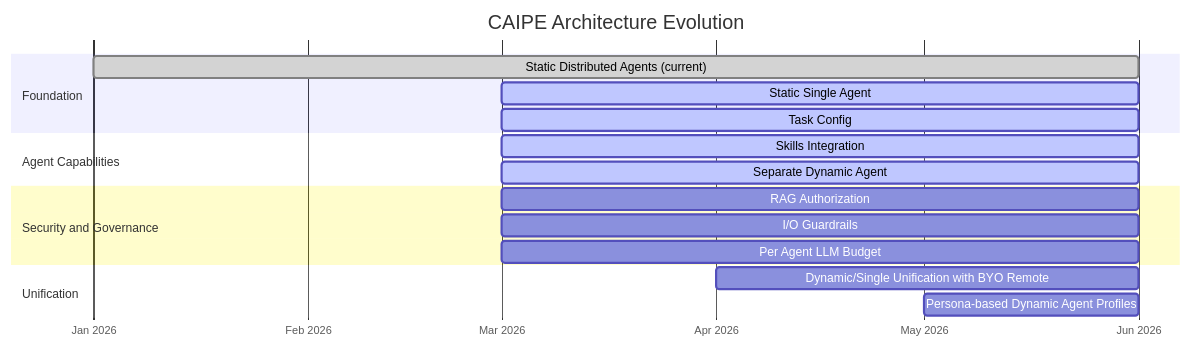
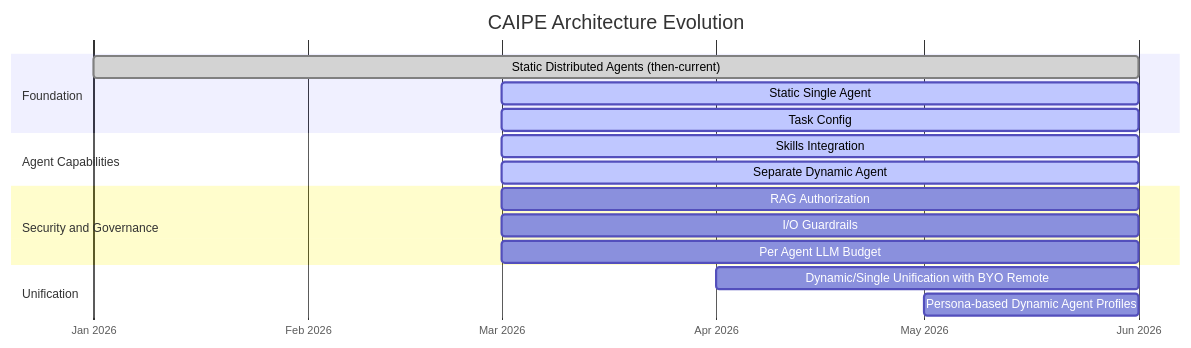
One commit to cnoe-io/ai-platform-engineering changed the diagram in docs/docs/architecture/architecture-evolution.md. Above: the diagram before and after it, drawn with Mermaid. The commit also changed other lines of this file and 252 other files, not shown here.

````diff
--- a/docs/docs/architecture/architecture-evolution.md
+++ b/docs/docs/architecture/architecture-evolution.md
@@ -11,24 +11,24 @@
 ```mermaid
 gantt
     title CAIPE Architecture Evolution
     dateFormat YYYY-MM
     axisFormat %b %Y
 
     section Foundation
-    Static Distributed Agents (current)           :done,    sda,   2026-01, 2026-06
+    Static Distributed Agents (then-current)      :done,    sda,   2026-01, 2026-06
     Static Single Agent                            :active,  ssa,   2026-03, 2026-06
     Task Config                                    :active,  tc,    2026-03, 2026-06
 
     section Agent Capabilities
     Skills Integration                             :active,  si,    2026-03, 2026-06
     Separate Dynamic Agent                         :active,  sep,   2026-03, 2026-06
 
     section Security and Governance
     RAG Authorization                              :         ra,    2026-03, 2026-06
     I/O Guardrails                                 :         iog,   2026-03, 2026-06
     Per Agent LLM Budget                           :         plb,   2026-03, 2026-06
 
     section Unification
     Dynamic/Single Unification with BYO Remote     :         uni,   2026-04, 2026-06
     Persona-based Dynamic Agent Profiles           :         pdap,  2026-05, 2026-06
 ```
````
